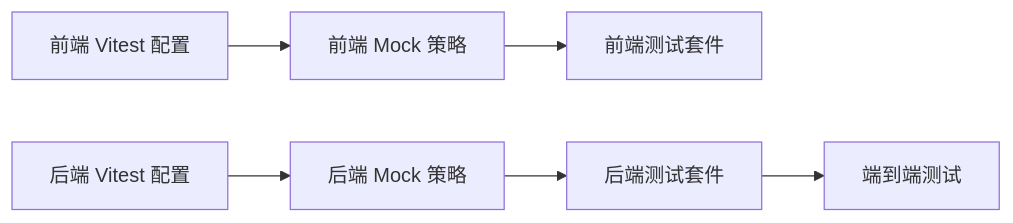
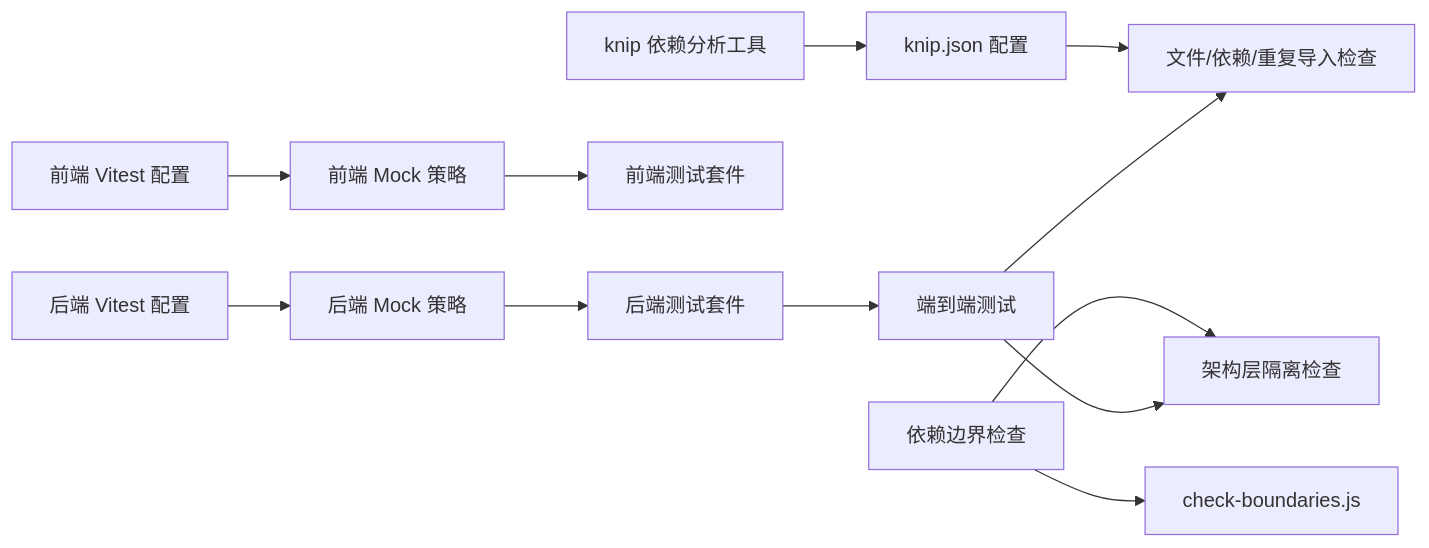
Before and after one commit to xixixiaoyu/Todo: diagram 13 of 13 in .qoder/repowiki/zh/content/开发指南/测试策略与实践.md, drawn with Mermaid. The commit also changed other lines of this file and 6 other files, not shown here.

````diff
--- a/.qoder/repowiki/zh/content/开发指南/测试策略与实践.md
+++ b/.qoder/repowiki/zh/content/开发指南/测试策略与实践.md
@@ -729,8 +773,14 @@
 ```mermaid
 graph LR
 FE_CFG["前端 Vitest 配置"] --> FE_MOCK["前端 Mock 策略"]
 BE_CFG["后端 Vitest 配置"] --> BE_MOCK["后端 Mock 策略"]
+KNIPTOOL["knip 依赖分析工具"] --> KNIPCFG["knip.json 配置"]
+BOUNDARY["依赖边界检查"] --> CHECKSCRIPT["check-boundaries.js"]
 FE_MOCK --> FE_TESTS["前端测试套件"]
 BE_MOCK --> BE_TESTS["后端测试套件"]
+KNIPCFG --> KNIPEXEC["文件/依赖/重复导入检查"]
+BOUNDARY --> BOUNDARYEXEC["架构层隔离检查"]
 BE_TESTS --> E2E["端到端测试"]
+E2E --> KNIPEXEC
+E2E --> BOUNDARYEXEC
 ```
````
